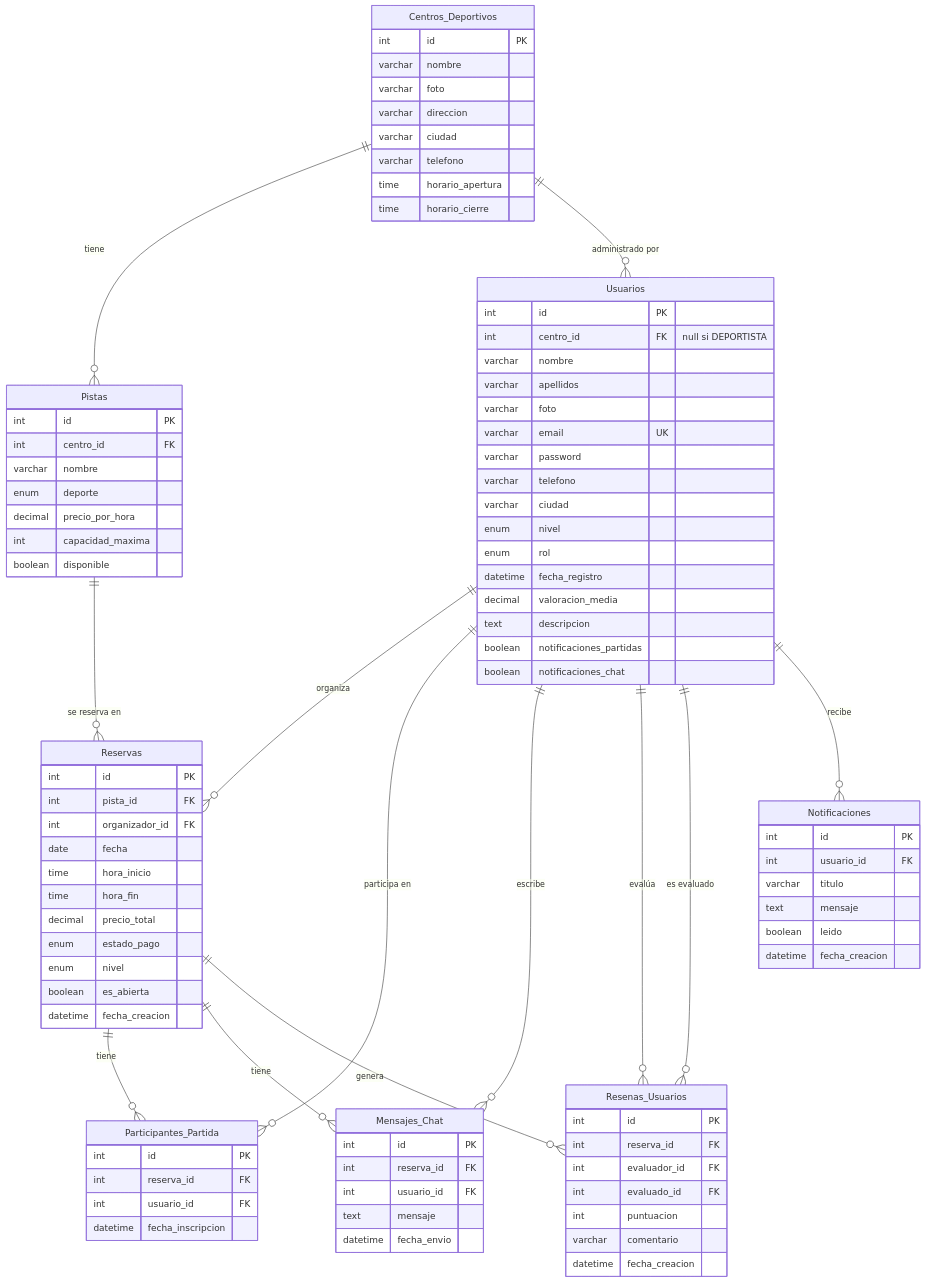
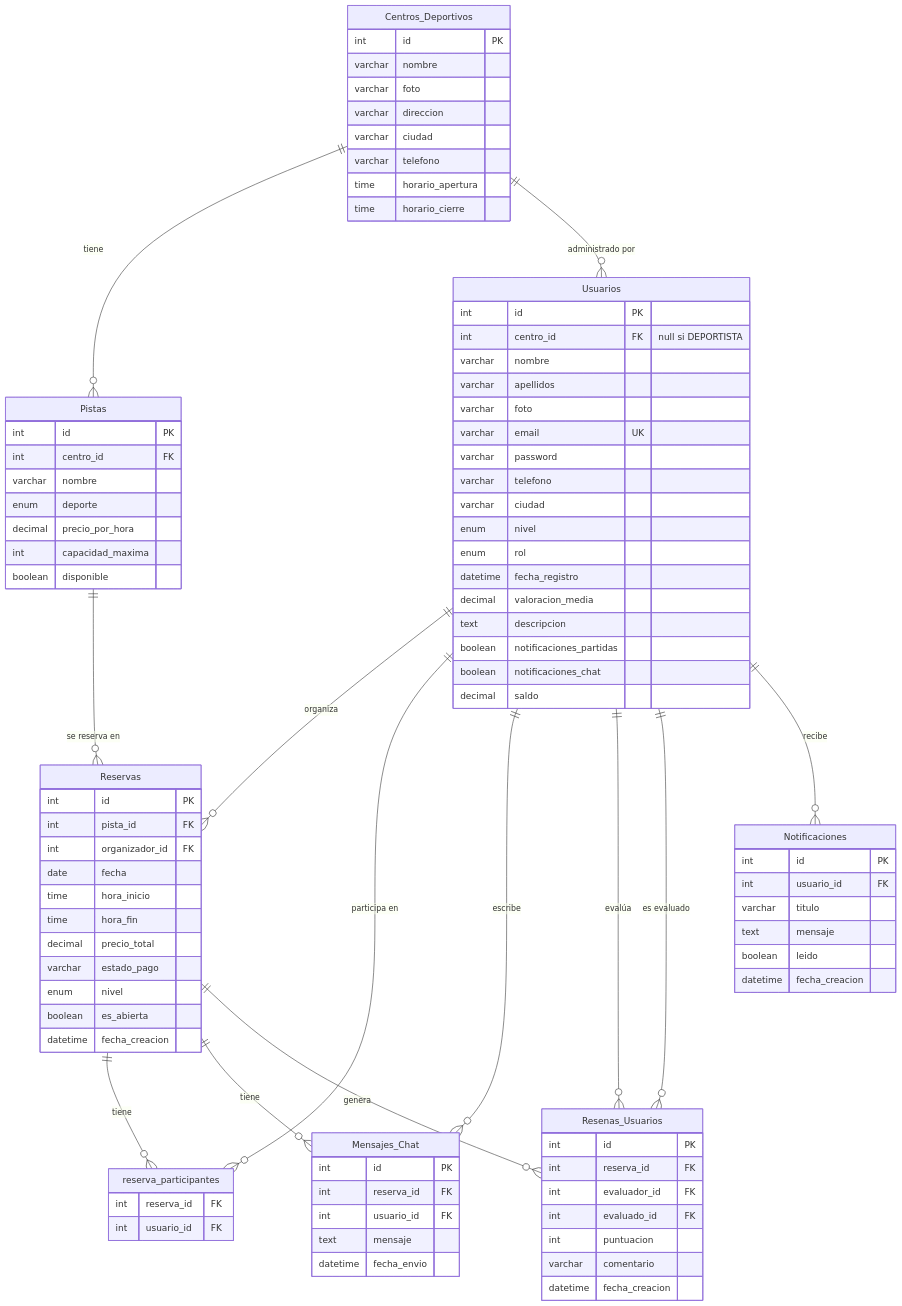
One commit to ajm68-ua/tfgReservasDeportivas changed the diagram in README.md. Above: the diagram before and after it, drawn with Mermaid. The commit also changed other lines of this file, not shown here.

Commit message:
Modificado readme para aceptar los nuevos cambios

```diff
--- a/README.md
+++ b/README.md
@@ -34,6 +34,7 @@
         text descripcion
         boolean notificaciones_partidas
         boolean notificaciones_chat
+        decimal saldo
     }
 
     Centros_Deportivos {
@@ -65,17 +66,15 @@
         time hora_inicio
         time hora_fin
         decimal precio_total
-        enum estado_pago
+        varchar estado_pago
         enum nivel
         boolean es_abierta
         datetime fecha_creacion
     }
 
-    Participantes_Partida {
-        int id PK
+    reserva_participantes {
         int reserva_id FK
         int usuario_id FK
-        datetime fecha_inscripcion
     }
 
     Mensajes_Chat {
@@ -109,8 +108,8 @@
     Centros_Deportivos ||--o{ Usuarios : "administrado por"
     Pistas ||--o{ Reservas : "se reserva en"
     Usuarios ||--o{ Reservas : "organiza"
-    Reservas ||--o{ Participantes_Partida : "tiene"
-    Usuarios ||--o{ Participantes_Partida : "participa en"
+    Reservas ||--o{ reserva_participantes : "tiene"
+    Usuarios ||--o{ reserva_participantes : "participa en"
     Reservas ||--o{ Mensajes_Chat : "tiene"
     Usuarios ||--o{ Mensajes_Chat : "escribe"
     Reservas ||--o{ Resenas_Usuarios : "genera"
```
